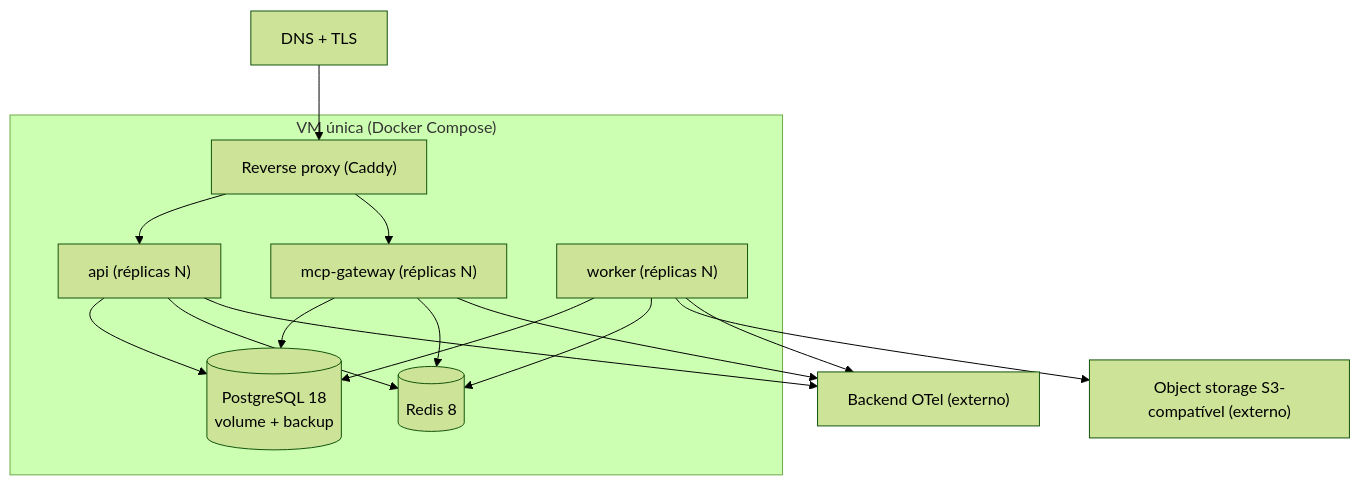
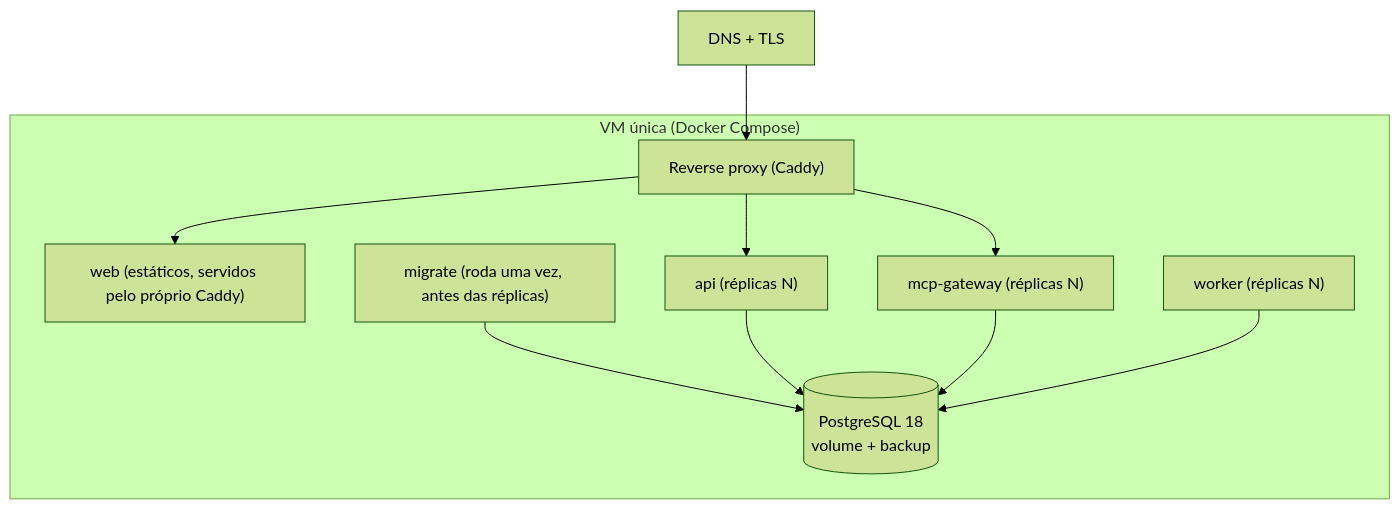
The first of 2 diagrams in docs/architecture/deployment.md (devjotaduo/ecoJotaduo), drawn with Mermaid (forest theme) before and after one commit. The commit also changed other lines of this file and 39 other files, not shown here.

````diff
--- a/docs/architecture/deployment.md
+++ b/docs/architecture/deployment.md
@@ -10,26 +19,18 @@
 ```mermaid
 flowchart TB
     DNS["DNS + TLS"] --> PROXY["Reverse proxy (Caddy)"]
 
     subgraph VM["VM única (Docker Compose)"]
+        PROXY --> WEB["web (estáticos, servidos pelo próprio Caddy)"]
         PROXY --> API1["api (réplicas N)"]
         PROXY --> MCP1["mcp-gateway (réplicas N)"]
+        MIG["migrate (roda uma vez, antes das réplicas)"]
         WORKERS["worker (réplicas N)"]
         PG[("PostgreSQL 18<br/>volume + backup")]
-        REDIS[("Redis 8")]
     end
 
-    STORAGE["Object storage S3-compatível (externo)"]
-    OBSBACK["Backend OTel (externo)"]
-
+    MIG --> PG
     API1 --> PG
-    API1 --> REDIS
     MCP1 --> PG
-    MCP1 --> REDIS
     WORKERS --> PG
-    WORKERS --> REDIS
-    WORKERS --> STORAGE
-    API1 --> OBSBACK
-    MCP1 --> OBSBACK
-    WORKERS --> OBSBACK
 ```
````
